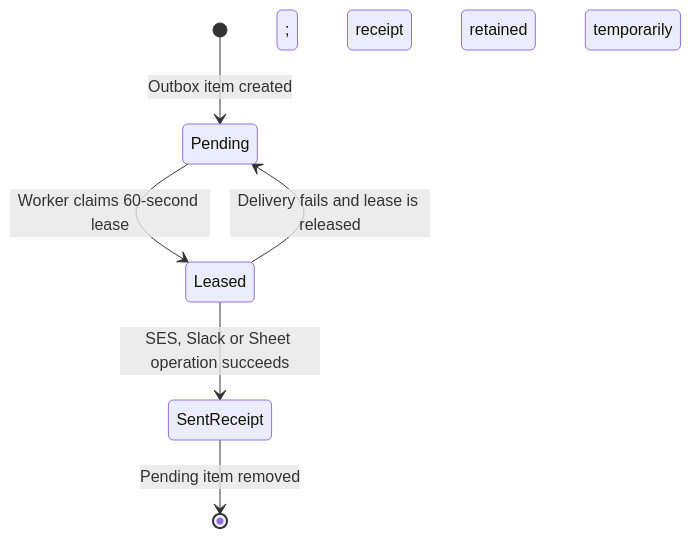
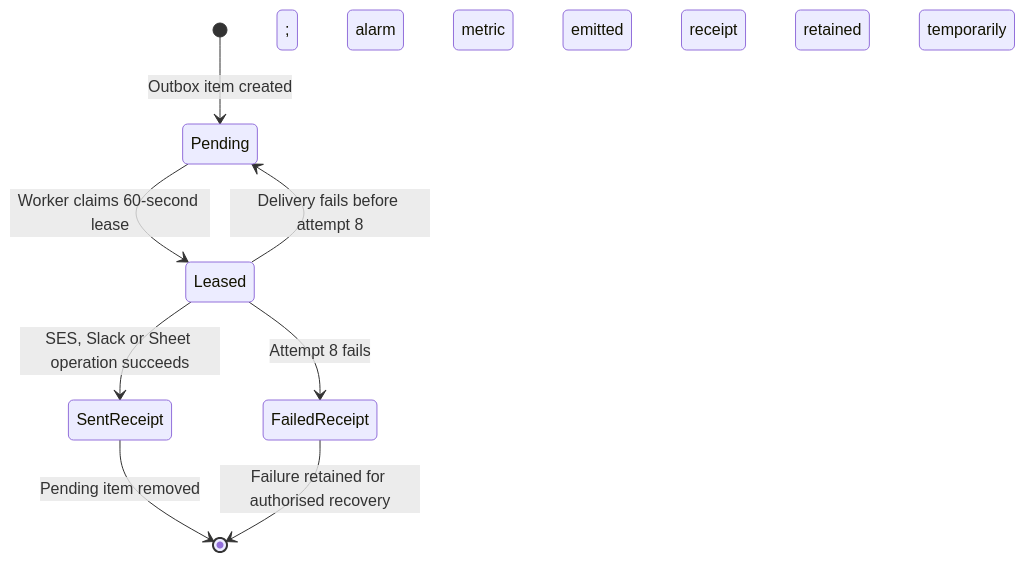
Diagram 13 of 14 in Rosewood enrolment/v6/DATA-PROCESS-MAP.md (Martin-Reinoso/independentschoolwest), drawn with Mermaid before and after one commit. The commit also changed other lines of this file and 16 other files, not shown here.

````diff
--- a/Rosewood enrolment/v6/DATA-PROCESS-MAP.md
+++ b/Rosewood enrolment/v6/DATA-PROCESS-MAP.md
@@ -697,8 +697,10 @@
 ```mermaid
 stateDiagram-v2
     [*] --> Pending: Outbox item created
     Pending --> Leased: Worker claims 60-second lease
     Leased --> SentReceipt: SES, Slack or Sheet operation succeeds
-    Leased --> Pending: Delivery fails and lease is released
+    Leased --> Pending: Delivery fails before attempt 8
+    Leased --> FailedReceipt: Attempt 8 fails; alarm metric emitted
     SentReceipt --> [*]: Pending item removed; receipt retained temporarily
+    FailedReceipt --> [*]: Failure retained for authorised recovery
 ```
````
